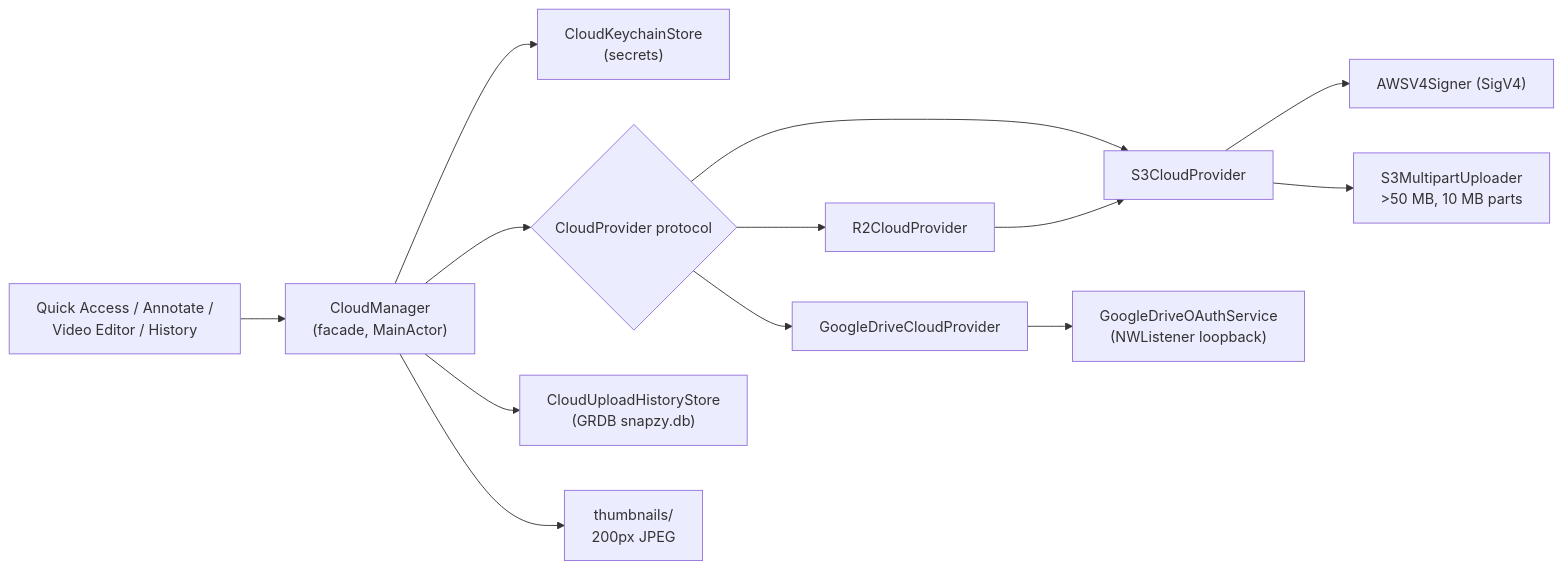
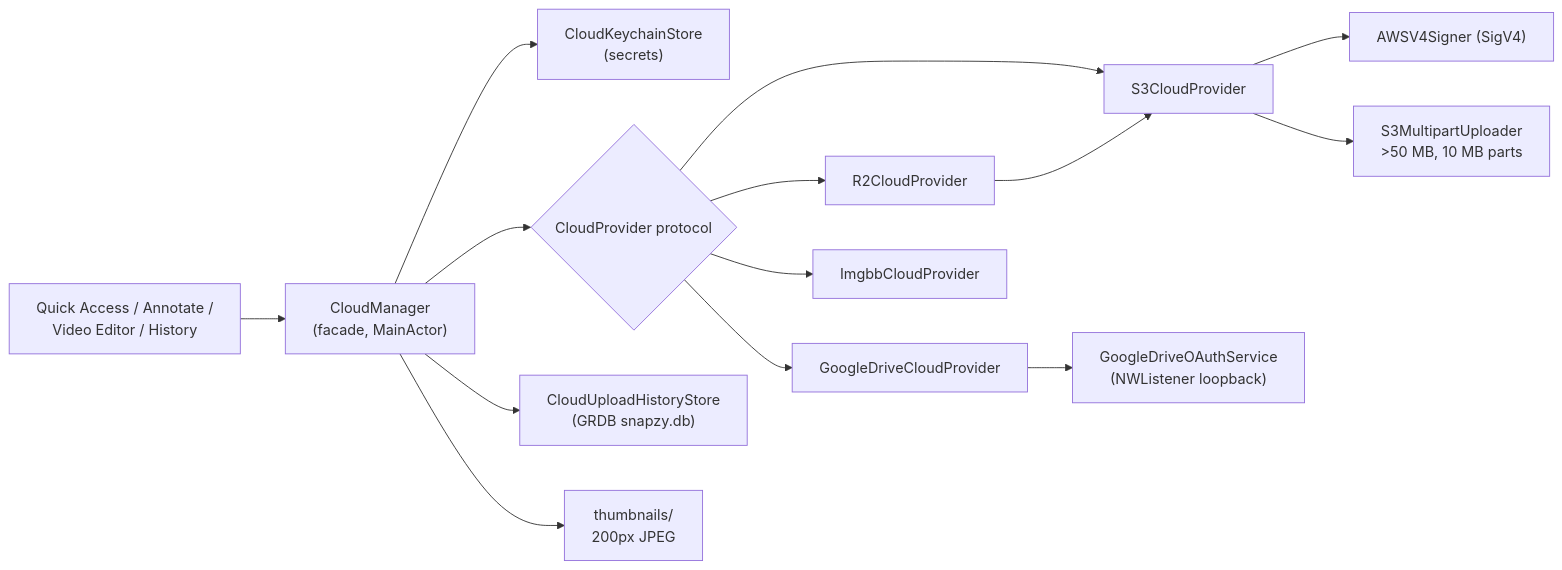
One commit to duongductrong/Snapzy changed the diagram in docs/CLOUD.md. Above: the diagram before and after it, drawn with Mermaid. The commit also changed other lines of this file and 23 other files, not shown here.

First line of the commit message:
feat: add imgbb as a cloud upload provider

````diff
--- a/docs/CLOUD.md
+++ b/docs/CLOUD.md
@@ -19,15 +19,16 @@
 ```mermaid
 flowchart LR
     UI["Quick Access / Annotate /<br/>Video Editor / History"] --> CM["CloudManager<br/>(facade, MainActor)"]
     CM --> KS["CloudKeychainStore<br/>(secrets)"]
     CM --> P{"CloudProvider protocol"}
     P --> S3["S3CloudProvider"]
     P --> R2["R2CloudProvider"]
     P --> GD["GoogleDriveCloudProvider"]
+    P --> IB["ImgbbCloudProvider"]
     S3 --> SIG["AWSV4Signer (SigV4)"]
     S3 --> MP["S3MultipartUploader<br/>>50 MB, 10 MB parts"]
     R2 --> S3
     GD --> OA["GoogleDriveOAuthService<br/>(NWListener loopback)"]
     CM --> DB["CloudUploadHistoryStore<br/>(GRDB snapzy.db)"]
     CM --> TH["thumbnails/<br/>200px JPEG"]
 ```
````
